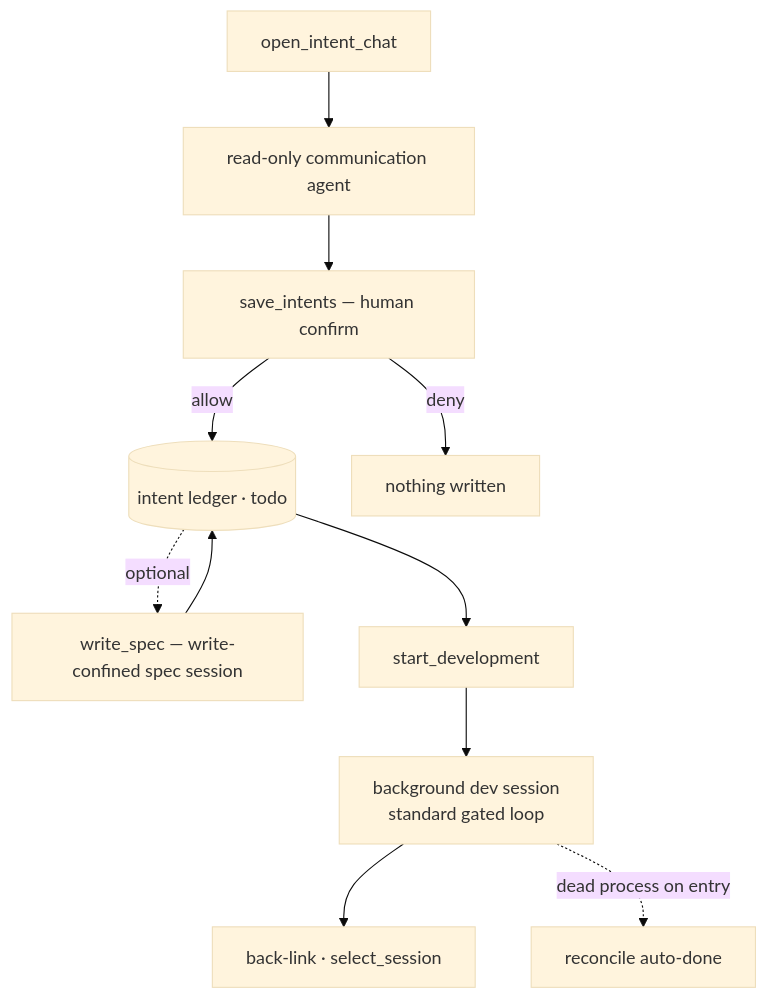
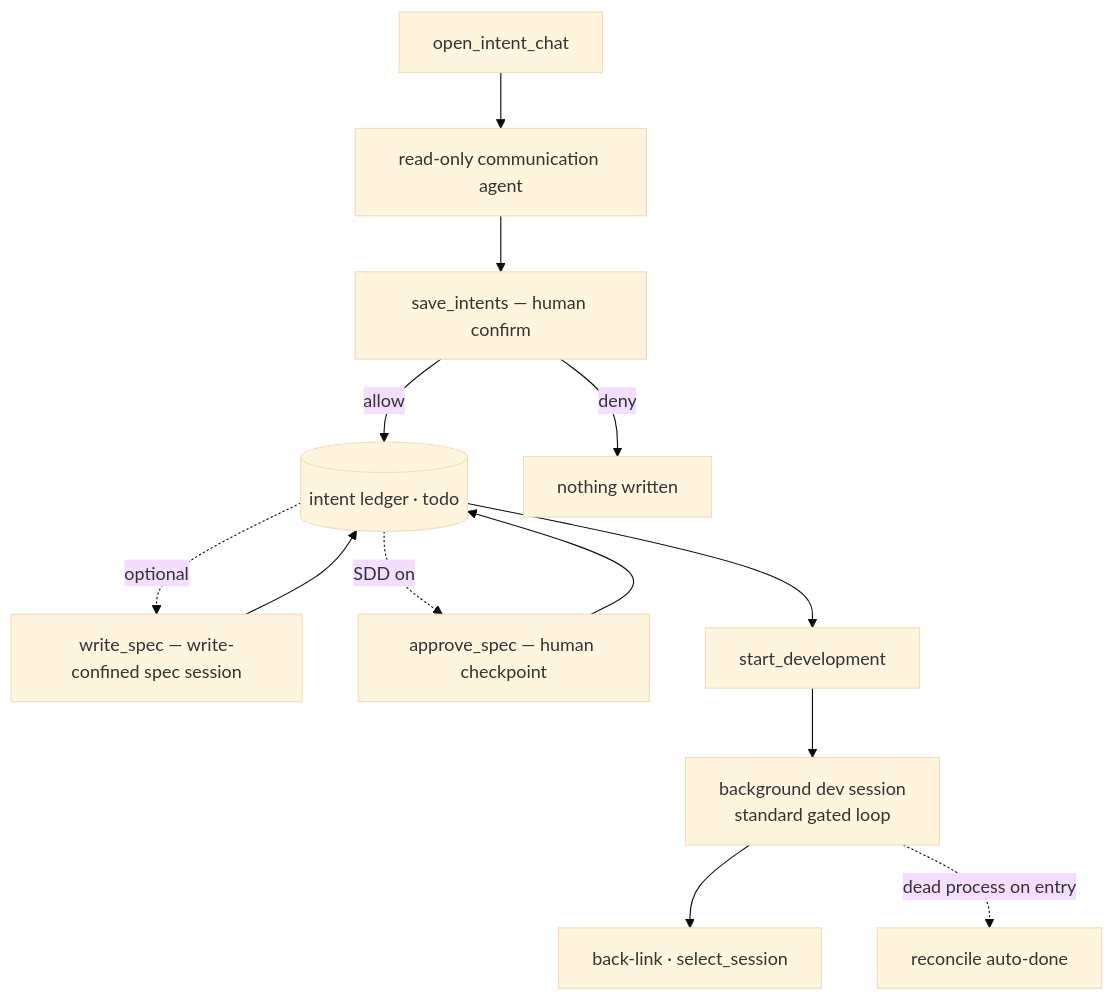
One commit to sequencestream/c3 changed the diagram in specs/flows/flow-intent-to-development.md. Above: the diagram before and after it, drawn with Mermaid (base theme). The commit also changed other lines of this file and 26 other files, not shown here.

Commit message:
feat: approve spec + 意图动作按钮四态机

````diff
--- a/specs/flows/flow-intent-to-development.md
+++ b/specs/flows/flow-intent-to-development.md
@@ -16,13 +16,15 @@
 ```mermaid
 flowchart TD
     IDEA[open_intent_chat] --> COMM[read-only communication agent]
     COMM --> SAVE[save_intents — human confirm]
     SAVE -- allow --> LEDGER[(intent ledger · todo)]
     SAVE -- deny --> X[nothing written]
     LEDGER -. optional .-> SPEC[write_spec — write-confined spec session]
     SPEC --> LEDGER
+    LEDGER -. SDD on .-> APPROVE[approve_spec — human checkpoint]
+    APPROVE --> LEDGER
     LEDGER --> LAUNCH[start_development]
     LAUNCH --> DEV[background dev session<br/>standard gated loop]
     DEV --> LINK[back-link · select_session]
     DEV -. dead process on entry .-> REC[reconcile auto-done]
 ```
````
